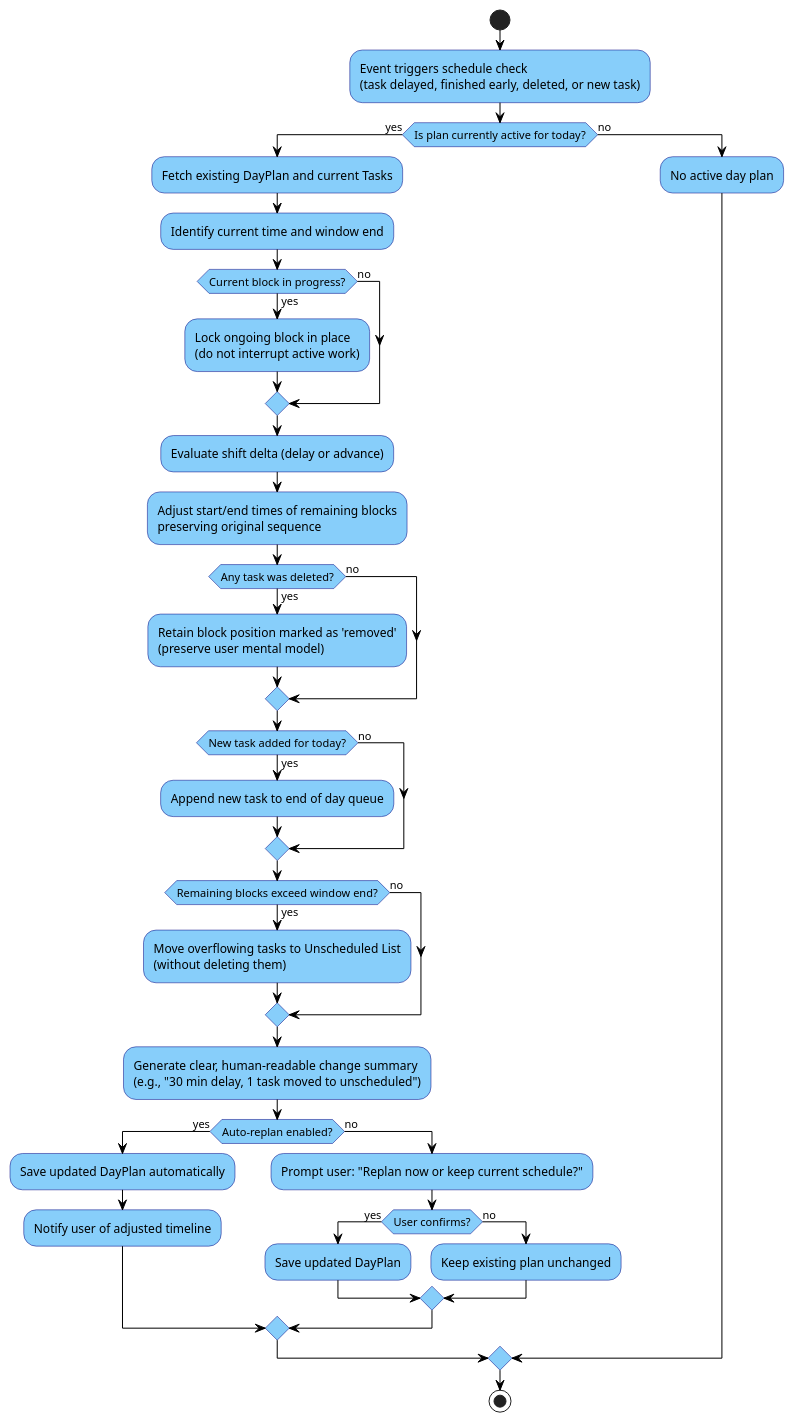
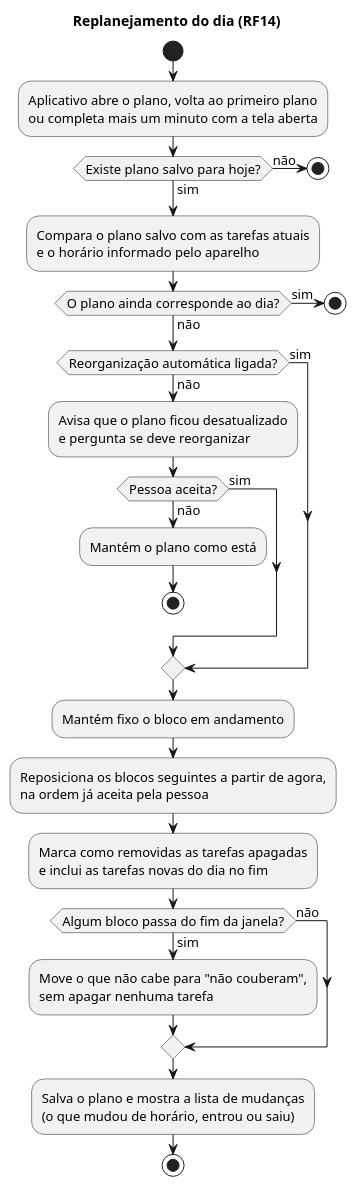
The diagram in diagrams/replanning-activity-diagram.puml (roobertoAlves/kaluana-backend), drawn with PlantUML before and after one commit. The commit also changed 11 other files, not shown here.

First line of the commit message:
docs(diagramas): diagramas refeitos em português e fiéis ao código

```diff
--- a/diagrams/replanning-activity-diagram.puml
+++ b/diagrams/replanning-activity-diagram.puml
@@ -1,61 +1,35 @@
 @startuml replanning-activity-diagram
-skinparam monochrome false
 skinparam shadowing false
-skinparam activity {
-  BackgroundColor LightSkyBlue
-  BorderColor Navy
-  ArrowColor Black
-}
+skinparam defaultFontSize 13
+title Replanejamento do dia (RF14)
 
 start
-
-:Event triggers schedule check\n(task delayed, finished early, deleted, or new task);
-
-if (Is plan currently active for today?) then (yes)
-  :Fetch existing DayPlan and current Tasks;
-  :Identify current time and window end;
-  
-  if (Current block in progress?) then (yes)
-    :Lock ongoing block in place\n(do not interrupt active work);
-  else (no)
+:Aplicativo abre o plano, volta ao primeiro plano\nou completa mais um minuto com a tela aberta;
+if (Existe plano salvo para hoje?) then (não)
+  stop
+else (sim)
+endif
+:Compara o plano salvo com as tarefas atuais\ne o horário informado pelo aparelho;
+if (O plano ainda corresponde ao dia?) then (sim)
+  stop
+else (não)
+endif
+if (Reorganização automática ligada?) then (sim)
+else (não)
+  :Avisa que o plano ficou desatualizado\ne pergunta se deve reorganizar;
+  if (Pessoa aceita?) then (não)
+    :Mantém o plano como está;
+    stop
+  else (sim)
   endif
-
-  :Evaluate shift delta (delay or advance);
-  :Adjust start/end times of remaining blocks\npreserving original sequence;
-  
-  if (Any task was deleted?) then (yes)
-    :Retain block position marked as 'removed'\n(preserve user mental model);
-  else (no)
-  endif
-
-  if (New task added for today?) then (yes)
-    :Append new task to end of day queue;
-  else (no)
-  endif
-
-  if (Remaining blocks exceed window end?) then (yes)
-    :Move overflowing tasks to Unscheduled List\n(without deleting them);
-  else (no)
-  endif
-
-  :Generate clear, human-readable change summary\n(e.g., "30 min delay, 1 task moved to unscheduled");
-  
-  if (Auto-replan enabled?) then (yes)
-    :Save updated DayPlan automatically;
-    :Notify user of adjusted timeline;
-  else (no)
-    :Prompt user: "Replan now or keep current schedule?";
-    if (User confirms?) then (yes)
-      :Save updated DayPlan;
-    else (no)
-      :Keep existing plan unchanged;
-    endif
-  endif
-
-else (no)
-  :No active day plan;
 endif
-
+:Mantém fixo o bloco em andamento;
+:Reposiciona os blocos seguintes a partir de agora,\nna ordem já aceita pela pessoa;
+:Marca como removidas as tarefas apagadas\ne inclui as tarefas novas do dia no fim;
+if (Algum bloco passa do fim da janela?) then (sim)
+  :Move o que não cabe para "não couberam",\nsem apagar nenhuma tarefa;
+else (não)
+endif
+:Salva o plano e mostra a lista de mudanças\n(o que mudou de horário, entrou ou saiu);
 stop
-
 @enduml
```
